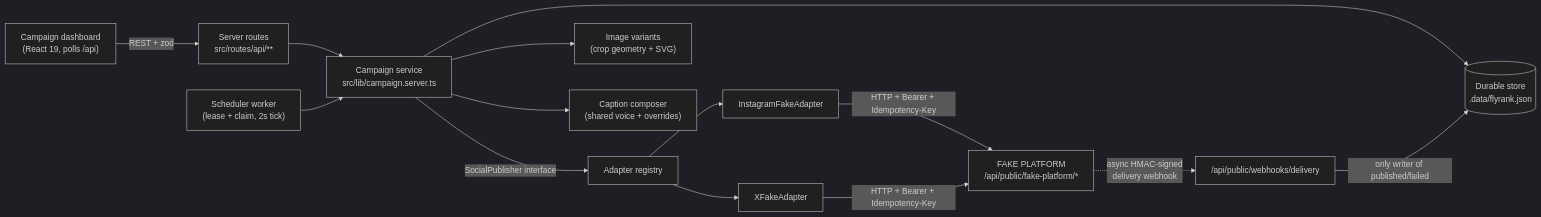
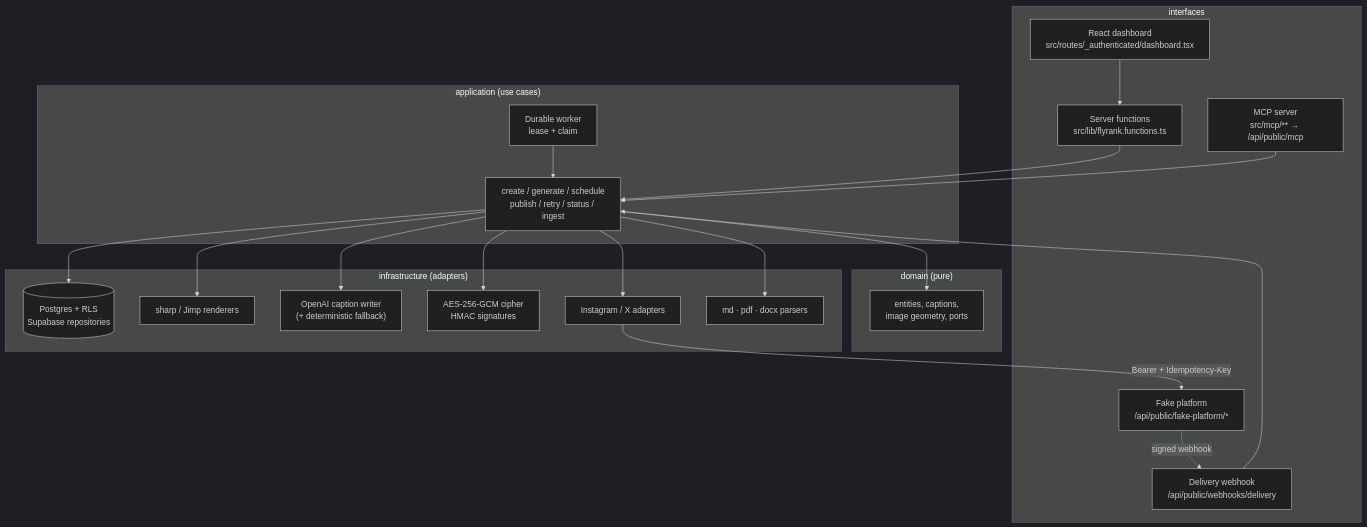
Before and after one commit to Sudeozubek/flyrank-capstone-social-studio: the diagram in README.md, drawn with Mermaid (dark theme). The commit also changed other lines of this file and 5 other files, not shown here.

````diff
--- a/README.md
+++ b/README.md
@@ -37,15 +59,33 @@
 ```mermaid
-flowchart LR
-  UI["Campaign dashboard\n(React 19, polls /api)"] -->|REST + zod| API["Server routes\nsrc/routes/api/**"]
-  API --> SVC["Campaign service\nsrc/lib/campaign.server.ts"]
-  SVC --> STORE[("Durable store\n.data/flyrank.json")]
-  WORK["Scheduler worker\n(lease + claim, 2s tick)"] --> SVC
-  SVC -->|SocialPublisher interface| REG["Adapter registry"]
-  REG --> IG["InstagramFakeAdapter"]
-  REG --> X["XFakeAdapter"]
-  IG & X -->|HTTP + Bearer + Idempotency-Key| FAKE["FAKE PLATFORM\n/api/public/fake-platform/*"]
-  FAKE -.->|"async HMAC-signed\ndelivery webhook"| HOOK["/api/public/webhooks/delivery"]
-  HOOK -->|"only writer of published/failed"| STORE
-  SVC --> IMG["Image variants\n(crop geometry + SVG)"]
-  SVC --> CAP["Caption composer\n(shared voice + overrides)"]
+flowchart TB
+  subgraph interfaces["interfaces"]
+    UI["React dashboard<br/>src/routes/_authenticated/dashboard.tsx"]
+    FN["Server functions<br/>src/lib/flyrank.functions.ts"]
+    MCP["MCP server<br/>src/mcp/** → /api/public/mcp"]
+    FAKE["Fake platform<br/>/api/public/fake-platform/*"]
+    HOOK["Delivery webhook<br/>/api/public/webhooks/delivery"]
+  end
+  subgraph application["application (use cases)"]
+    UC["create / generate / schedule<br/>publish / retry / status / ingest"]
+    WORKER["Durable worker<br/>lease + claim"]
+  end
+  subgraph domain["domain (pure)"]
+    ENT["entities, captions,<br/>image geometry, ports"]
+  end
+  subgraph infra["infrastructure (adapters)"]
+    DB[("Postgres + RLS<br/>Supabase repositories")]
+    IMG["sharp / Jimp renderers"]
+    AI["OpenAI caption writer<br/>(+ deterministic fallback)"]
+    CRY["AES-256-GCM cipher<br/>HMAC signatures"]
+    PUB["Instagram / X adapters"]
+    PARSE["md · pdf · docx parsers"]
+  end
+
+  UI --> FN --> UC
+  MCP --> UC
+  WORKER --> UC
+  UC --> ENT
+  UC --> DB & IMG & AI & CRY & PUB & PARSE
+  PUB -->|Bearer + Idempotency-Key| FAKE
+  FAKE -.->|signed webhook| HOOK --> UC
 ```
````
